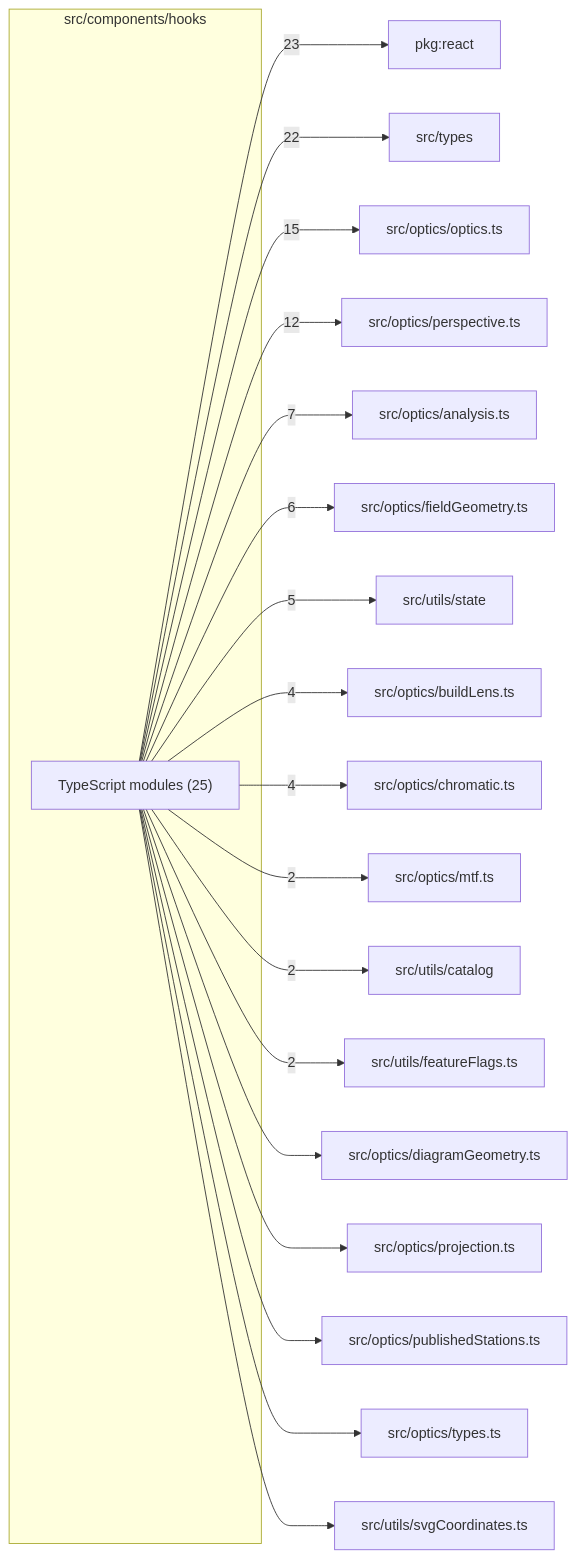
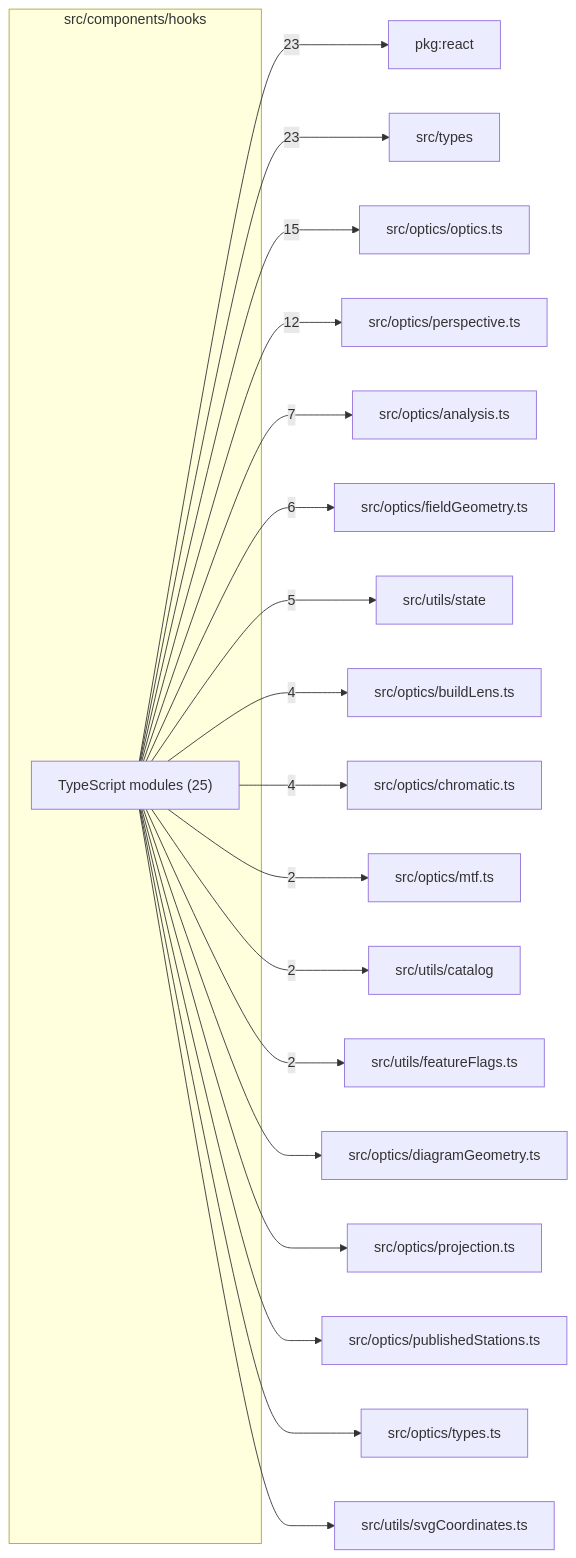
The diagram in src/components/hooks/readme.md (ronbuening/LensVisualizer), drawn with Mermaid before and after one commit. The commit also changed other lines of this file and 71 other files, not shown here.

````diff
--- a/src/components/hooks/readme.md
+++ b/src/components/hooks/readme.md
@@ -9,40 +9,40 @@
 ```mermaid
 flowchart LR
   subgraph n_src_components_hooks["src/components/hooks"]
     n_src_components_hooks_TypeScript_modules["TypeScript modules (25)"]
   end
   n_external_pkg_react["pkg:react"]
   n_external_src_types["src/types"]
   n_external_src_optics_optics_ts["src/optics/optics.ts"]
   n_external_src_optics_perspective_ts["src/optics/perspective.ts"]
   n_external_src_optics_analysis_ts["src/optics/analysis.ts"]
   n_external_src_optics_fieldGeometry_ts["src/optics/fieldGeometry.ts"]
   n_external_src_utils_state["src/utils/state"]
   n_external_src_optics_buildLens_ts["src/optics/buildLens.ts"]
   n_external_src_optics_chromatic_ts["src/optics/chromatic.ts"]
   n_external_src_optics_mtf_ts["src/optics/mtf.ts"]
   n_external_src_utils_catalog["src/utils/catalog"]
   n_external_src_utils_featureFlags_ts["src/utils/featureFlags.ts"]
   n_external_src_optics_diagramGeometry_ts["src/optics/diagramGeometry.ts"]
   n_external_src_optics_projection_ts["src/optics/projection.ts"]
   n_external_src_optics_publishedStations_ts["src/optics/publishedStations.ts"]
   n_external_src_optics_types_ts["src/optics/types.ts"]
   n_external_src_utils_svgCoordinates_ts["src/utils/svgCoordinates.ts"]
   n_src_components_hooks_TypeScript_modules --> |23| n_external_pkg_react
-  n_src_components_hooks_TypeScript_modules --> |22| n_external_src_types
+  n_src_components_hooks_TypeScript_modules --> |23| n_external_src_types
   n_src_components_hooks_TypeScript_modules --> |15| n_external_src_optics_optics_ts
   n_src_components_hooks_TypeScript_modules --> |12| n_external_src_optics_perspective_ts
   n_src_components_hooks_TypeScript_modules --> |7| n_external_src_optics_analysis_ts
   n_src_components_hooks_TypeScript_modules --> |6| n_external_src_optics_fieldGeometry_ts
   n_src_components_hooks_TypeScript_modules --> |5| n_external_src_utils_state
   n_src_components_hooks_TypeScript_modules --> |4| n_external_src_optics_buildLens_ts
   n_src_components_hooks_TypeScript_modules --> |4| n_external_src_optics_chromatic_ts
   n_src_components_hooks_TypeScript_modules --> |2| n_external_src_optics_mtf_ts
   n_src_components_hooks_TypeScript_modules --> |2| n_external_src_utils_catalog
   n_src_components_hooks_TypeScript_modules --> |2| n_external_src_utils_featureFlags_ts
   n_src_components_hooks_TypeScript_modules --> n_external_src_optics_diagramGeometry_ts
   n_src_components_hooks_TypeScript_modules --> n_external_src_optics_projection_ts
   n_src_components_hooks_TypeScript_modules --> n_external_src_optics_publishedStations_ts
   n_src_components_hooks_TypeScript_modules --> n_external_src_optics_types_ts
   n_src_components_hooks_TypeScript_modules --> n_external_src_utils_svgCoordinates_ts
 ```
````
